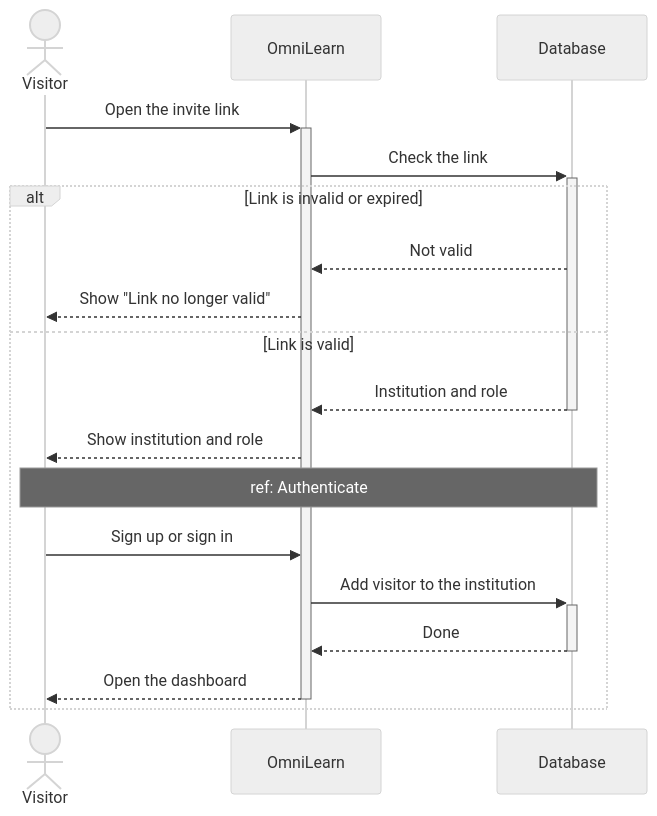
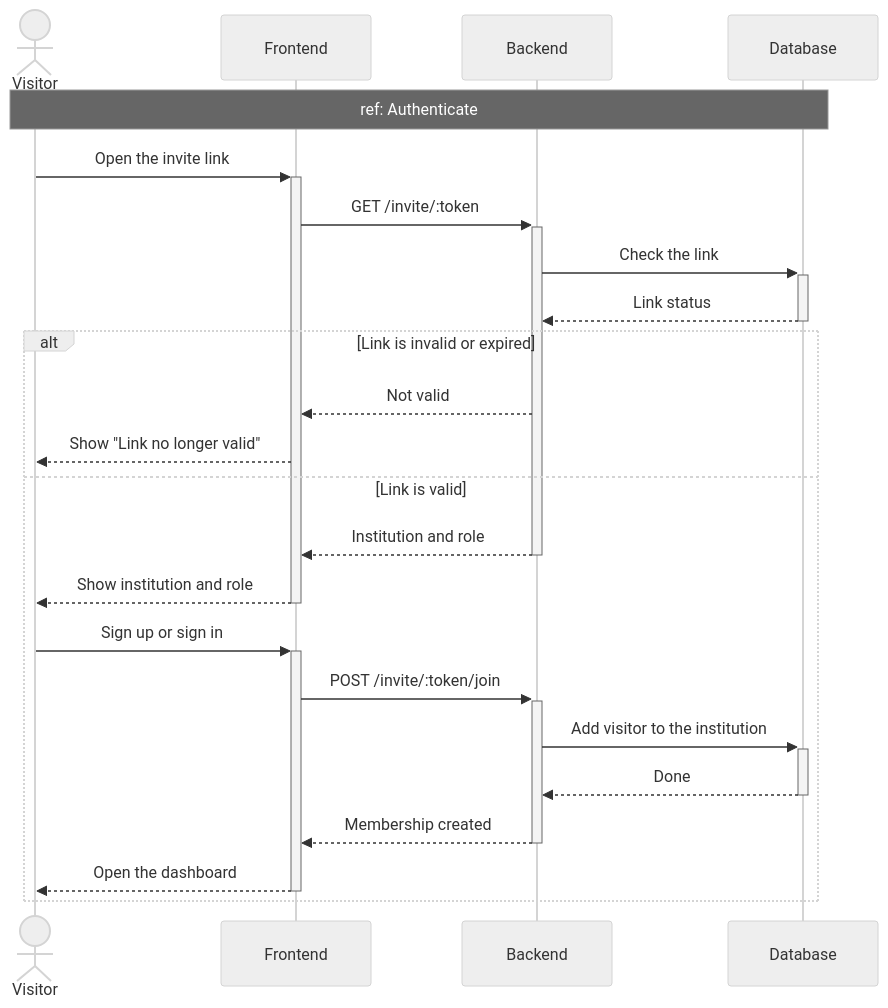
One commit to MaizaAymen/OmniLearn changed the seventh of 14 diagrams in docs/08_chapitre6_sprint4.md. Above: the diagram before and after it, drawn with Mermaid (neutral theme).

````diff
--- a/docs/08_chapitre6_sprint4.md
+++ b/docs/08_chapitre6_sprint4.md
@@ -478,24 +478,29 @@
 ```mermaid
 sequenceDiagram
     actor Visitor
-    participant App as OmniLearn
+    participant FE as Frontend
+    participant API as Backend
     participant DB as Database
 
-    Visitor->>+App: Open the invite link
-    App->>+DB: Check the link
+    Note over Visitor,DB: ref: Authenticate
+
+    Visitor->>+FE: Open the invite link
+    FE->>+API: GET /invite/:token
+    API->>+DB: Check the link
+    DB-->>-API: Link status
 
     alt Link is invalid or expired
-        DB-->>App: Not valid
-        App-->>Visitor: Show "Link no longer valid"
+        API-->>FE: Not valid
+        FE-->>Visitor: Show "Link no longer valid"
     else Link is valid
-        DB-->>-App: Institution and role
-        App-->>Visitor: Show institution and role
+        API-->>-FE: Institution and role
+        FE-->>-Visitor: Show institution and role
 
-        Note over Visitor,DB: ref: Authenticate
-
-        Visitor->>App: Sign up or sign in
-        App->>+DB: Add visitor to the institution
-        DB-->>-App: Done
-        App-->>-Visitor: Open the dashboard
+        Visitor->>+FE: Sign up or sign in
+        FE->>+API: POST /invite/:token/join
+        API->>+DB: Add visitor to the institution
+        DB-->>-API: Done
+        API-->>-FE: Membership created
+        FE-->>-Visitor: Open the dashboard
     end
 ```
````
